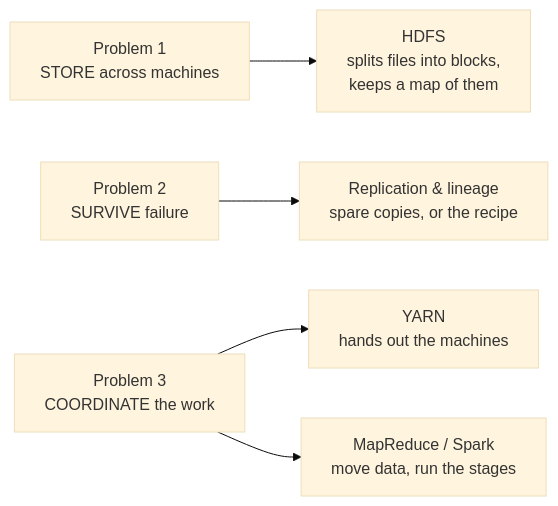
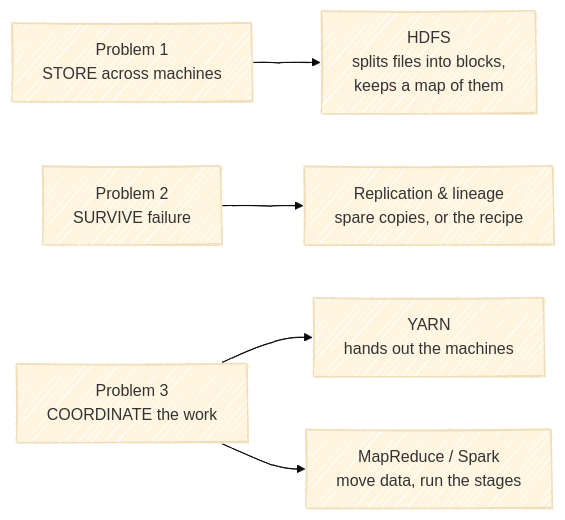
One commit to dwdas9/home changed the diagram in docs/Spark-DataBricks/0.0_Foundations/three-hard-problems.md. Above: the diagram before and after it, drawn with Mermaid (base theme). The commit also changed 12 other files, not shown here.

First line of the commit message:
Render every Mermaid flowchart in Excalidraw hand-drawn style

````diff
--- a/docs/Spark-DataBricks/0.0_Foundations/three-hard-problems.md
+++ b/docs/Spark-DataBricks/0.0_Foundations/three-hard-problems.md
@@ -99,11 +99,17 @@
 ```mermaid
+---
+config:
+  look: handDrawn
+  handDrawnSeed: 42
+  fontFamily: Caveat
+---
 flowchart LR
     P1["Problem 1<br/>STORE across machines"]
     P2["Problem 2<br/>SURVIVE failure"]
     P3["Problem 3<br/>COORDINATE the work"]
 
     P1 --> HDFS["HDFS<br/>splits files into blocks,<br/>keeps a map of them"]
     P2 --> REP["Replication &amp; lineage<br/>spare copies, or the recipe"]
     P3 --> YARN["YARN<br/>hands out the machines"]
     P3 --> MR["MapReduce / Spark<br/>move data, run the stages"]
 ```
````
